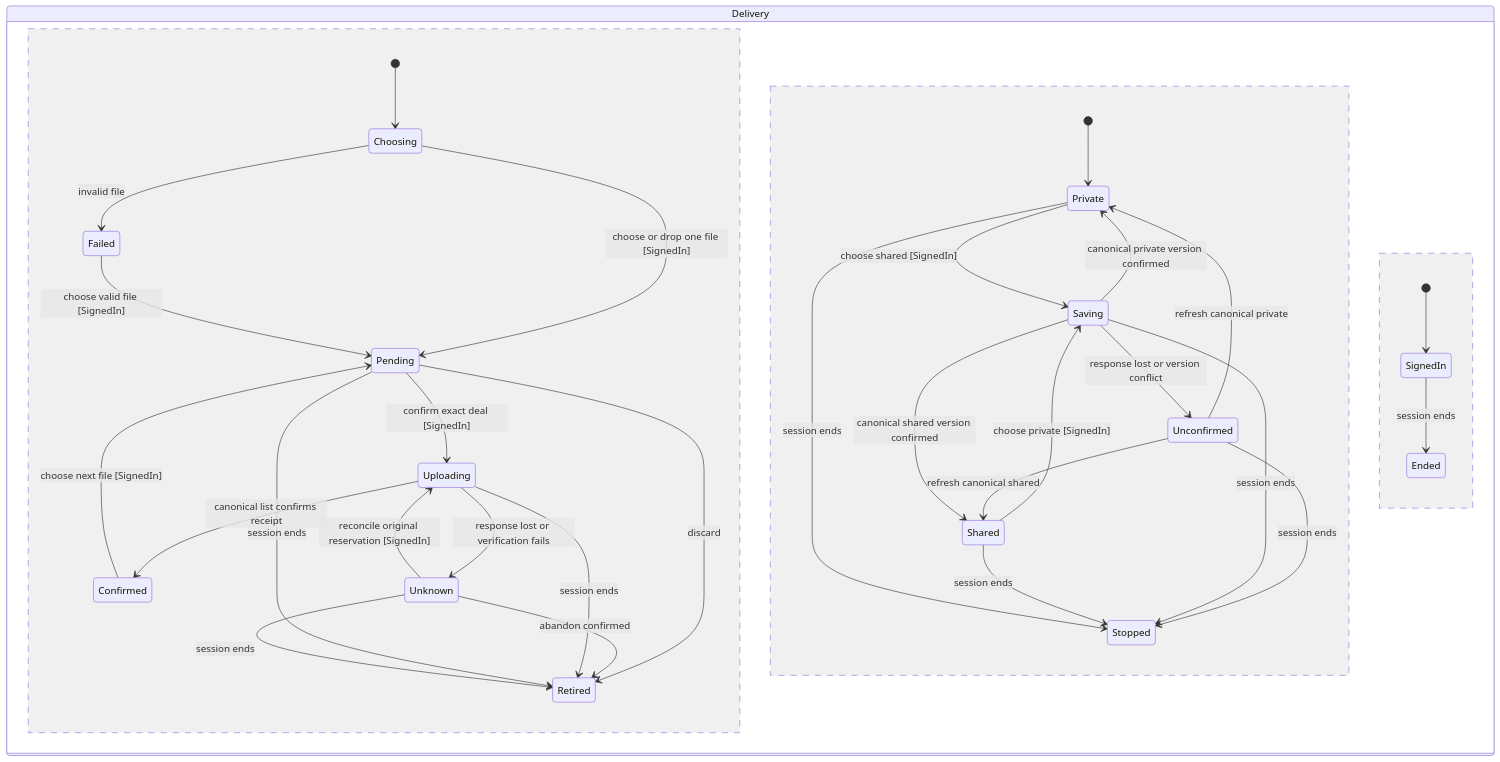
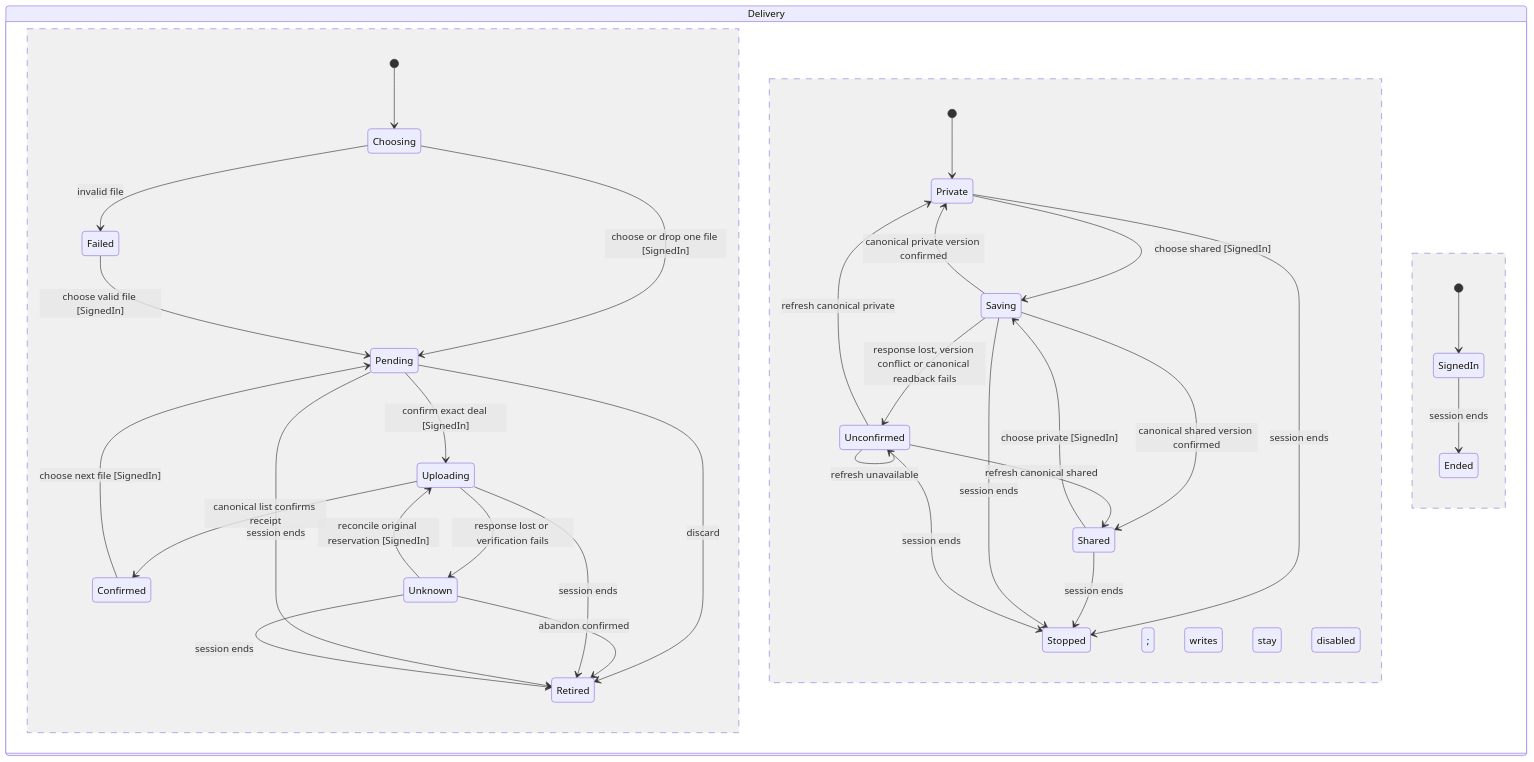
One commit to jbookout/doctorcre-app changed the diagram in docs/statecharts/deal-deliverable-upload.mmd. Above: the diagram before and after it, drawn with Mermaid. The commit also changed 2 other files, not shown here.

```diff
--- a/docs/statecharts/deal-deliverable-upload.mmd
+++ b/docs/statecharts/deal-deliverable-upload.mmd
@@ -1,43 +1,44 @@
 stateDiagram-v2
   state Delivery {
     [*] --> Choosing
     Choosing --> Pending: choose or drop one file [SignedIn]
     %% when SignedIn
     Pending --> Uploading: confirm exact deal [SignedIn]
     %% when SignedIn
     Uploading --> Confirmed: canonical list confirms receipt
     Uploading --> Unknown: response lost or verification fails
     Unknown --> Uploading: reconcile original reservation [SignedIn]
     %% when SignedIn
     Pending --> Retired: discard
     Unknown --> Retired: abandon confirmed
     Choosing --> Failed: invalid file
     Failed --> Pending: choose valid file [SignedIn]
     %% when SignedIn
     Confirmed --> Pending: choose next file [SignedIn]
     %% when SignedIn
     Uploading --> Retired: session ends
     Pending --> Retired: session ends
     Unknown --> Retired: session ends
   --
     [*] --> Private
     Private --> Saving: choose shared [SignedIn]
     %% when SignedIn
     Shared --> Saving: choose private [SignedIn]
     %% when SignedIn
     Saving --> Shared: canonical shared version confirmed
     Saving --> Private: canonical private version confirmed
-    Saving --> Unconfirmed: response lost or version conflict
+    Saving --> Unconfirmed: response lost, version conflict or canonical readback fails
+    Unconfirmed --> Unconfirmed: refresh unavailable; writes stay disabled
     Unconfirmed --> Private: refresh canonical private
     Unconfirmed --> Shared: refresh canonical shared
     Private --> Stopped: session ends
     Shared --> Stopped: session ends
     Saving --> Stopped: session ends
     Unconfirmed --> Stopped: session ends
   --
     [*] --> SignedIn
     SignedIn --> Ended: session ends
   }
 %% never NoUploadAfterSession: Ended & Uploading -- A session change cannot continue an upload.
 %% never NoPendingAfterSession: Ended & Pending -- A session change retires selected bytes.
 %% never NoVisibilityAfterSession: Ended & Saving -- A session change cannot continue a designation write.
```
